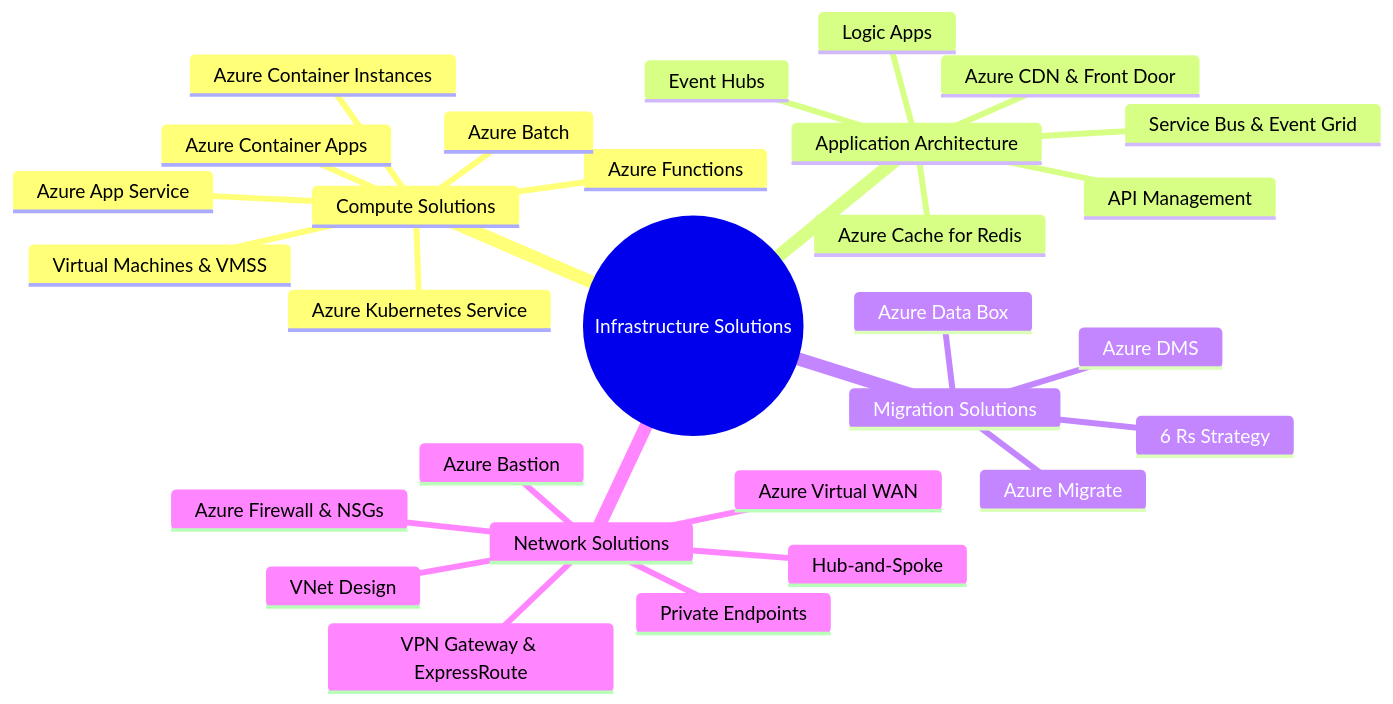
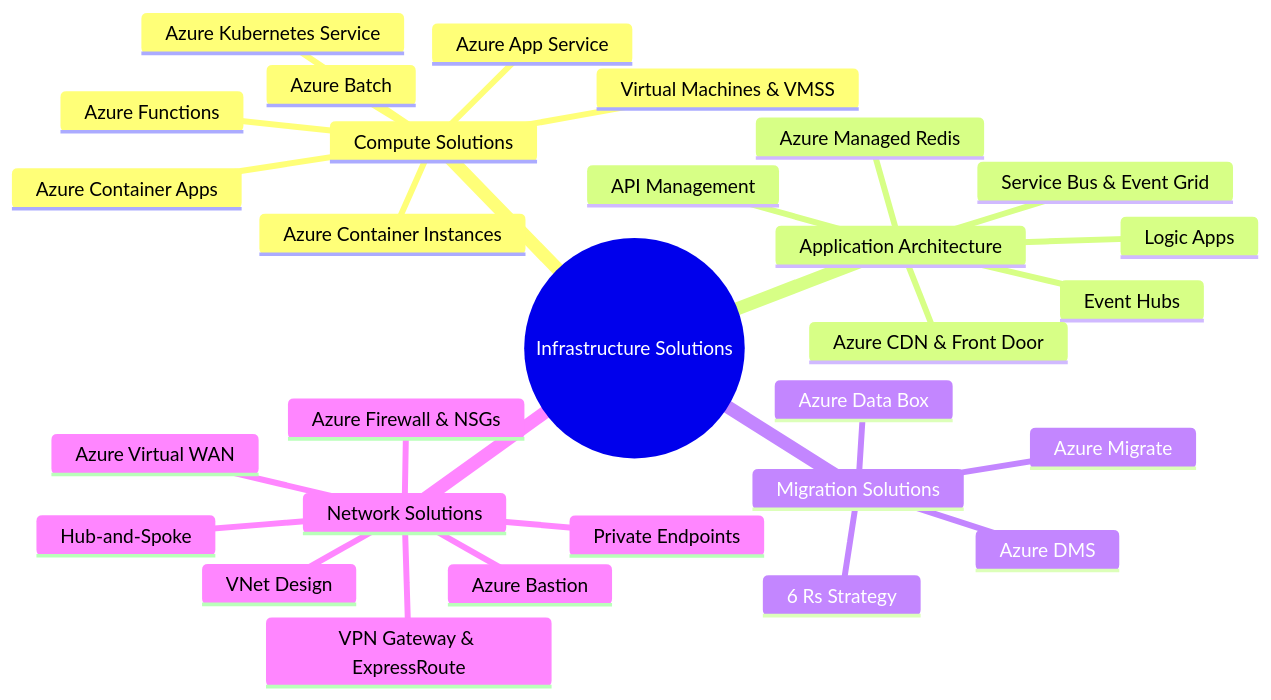
Before and after one commit to marcogrimaldi29/az-305-study-notes: the first of 9 diagrams in 04-infrastructure-solutions.md, drawn with Mermaid. The commit also changed other lines of this file, not shown here.

Commit message:
Replaced Azure Cache for Redis with newer Azure Managed Redis content

````diff
--- a/04-infrastructure-solutions.md
+++ b/04-infrastructure-solutions.md
@@ -18,32 +18,32 @@
 ```mermaid
 mindmap
   root((Infrastructure Solutions))
     Compute Solutions
       Virtual Machines & VMSS
       Azure App Service
       Azure Kubernetes Service
       Azure Container Instances
       Azure Container Apps
       Azure Functions
       Azure Batch
     Application Architecture
       Service Bus & Event Grid
       Event Hubs
       API Management
-      Azure Cache for Redis
+      Azure Managed Redis
       Azure CDN & Front Door
       Logic Apps
     Migration Solutions
       Azure Migrate
       6 Rs Strategy
       Azure DMS
       Azure Data Box
     Network Solutions
       VNet Design
       VPN Gateway & ExpressRoute
       Azure Firewall & NSGs
       Azure Bastion
       Private Endpoints
       Hub-and-Spoke
       Azure Virtual WAN
 ```
````
